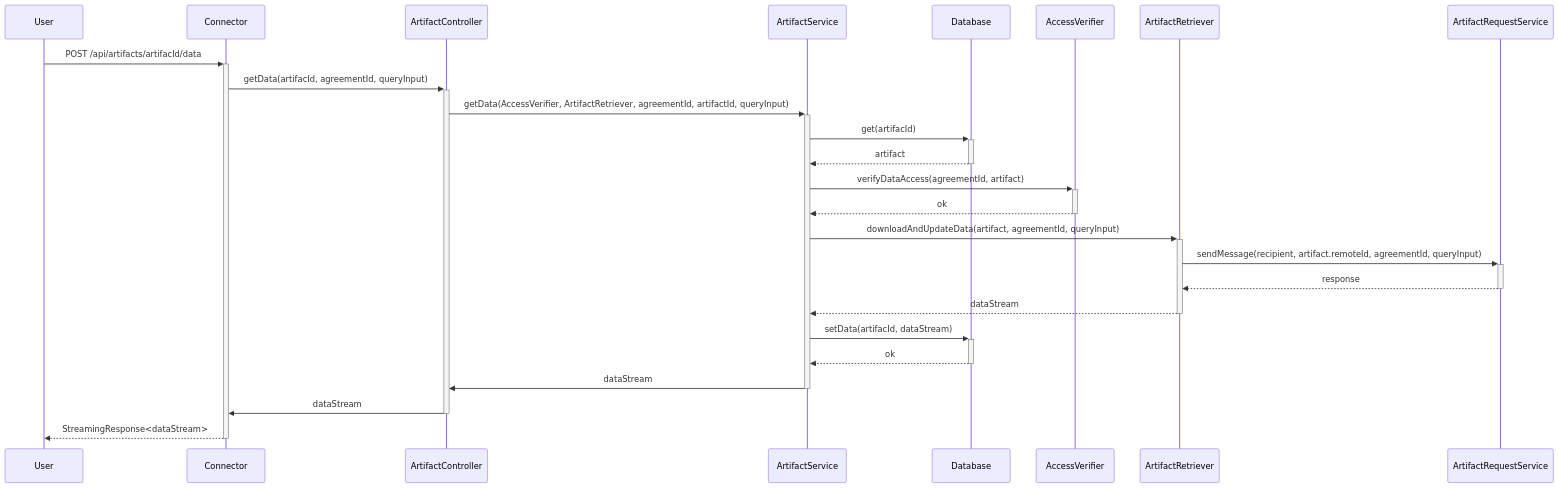
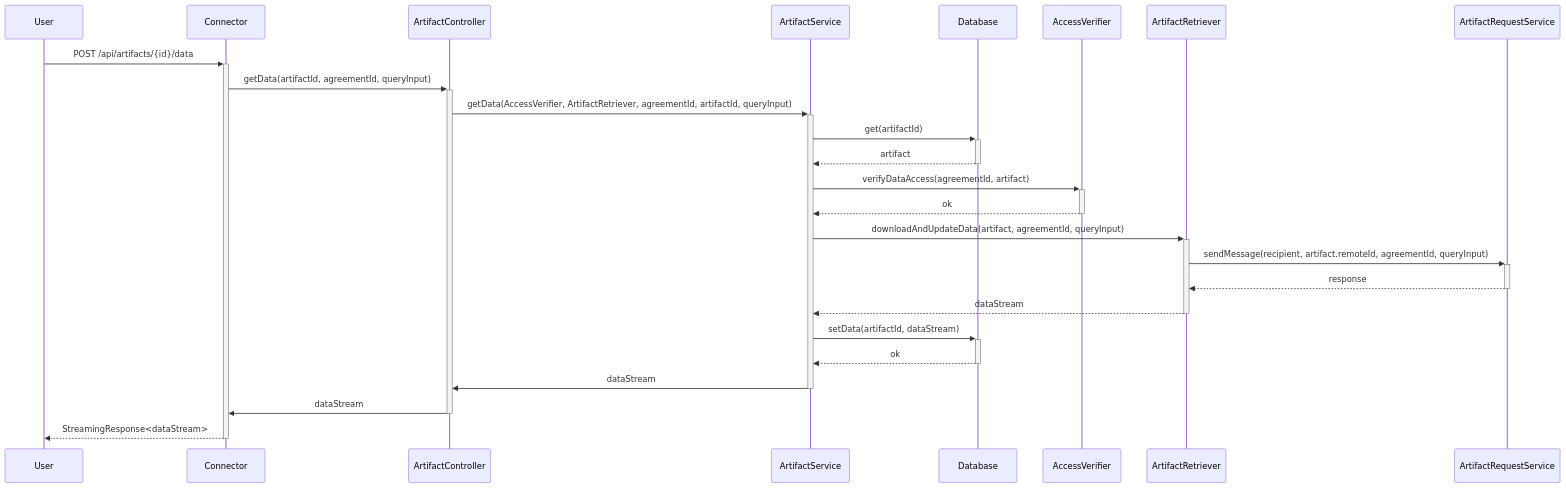
The diagram in docs/assets/files/resources/consumer_access_contracted_data.mmd (FraunhoferISST/DataspaceConnector), drawn with Mermaid before and after one commit. The commit also changed 12 other files, not shown here.

```diff
--- a/docs/assets/files/resources/consumer_access_contracted_data.mmd
+++ b/docs/assets/files/resources/consumer_access_contracted_data.mmd
@@ -1,17 +1,17 @@
 sequenceDiagram
-    User->>+Connector: POST /api/artifacts/artifacId/data
-    Connector->>+ArtifactController: getData(artifacId, agreementId, queryInput)
+    User->>+Connector: POST /api/artifacts/{id}/data
+    Connector->>+ArtifactController: getData(artifactId, agreementId, queryInput)
     ArtifactController->>+ArtifactService: getData(AccessVerifier, ArtifactRetriever, agreementId, artifactId, queryInput)
-    ArtifactService->>+Database: get(artifacId)
+    ArtifactService->>+Database: get(artifactId)
     Database-->>-ArtifactService: artifact
     ArtifactService->>+AccessVerifier: verifyDataAccess(agreementId, artifact)
     AccessVerifier-->>-ArtifactService: ok
     ArtifactService->>+ArtifactRetriever: downloadAndUpdateData(artifact, agreementId, queryInput)
     ArtifactRetriever->>+ArtifactRequestService: sendMessage(recipient, artifact.remoteId, agreementId, queryInput)
     ArtifactRequestService-->>-ArtifactRetriever: response
     ArtifactRetriever-->>-ArtifactService: dataStream
-    ArtifactService->>+Database: setData(artifacId, dataStream)
+    ArtifactService->>+Database: setData(artifactId, dataStream)
     Database-->>-ArtifactService: ok
     ArtifactService->>-ArtifactController: dataStream
     ArtifactController->>-Connector: dataStream
     Connector-->>-User: StreamingResponse<dataStream>
```
